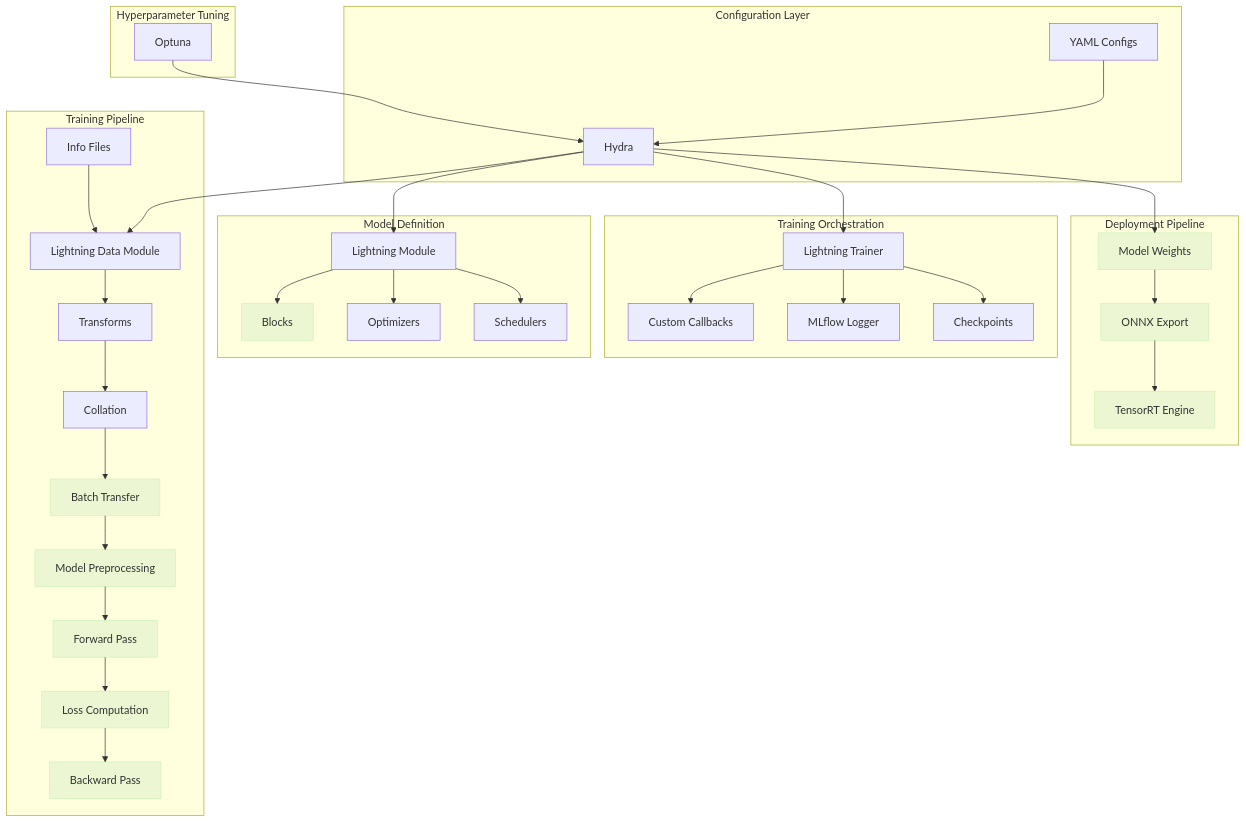
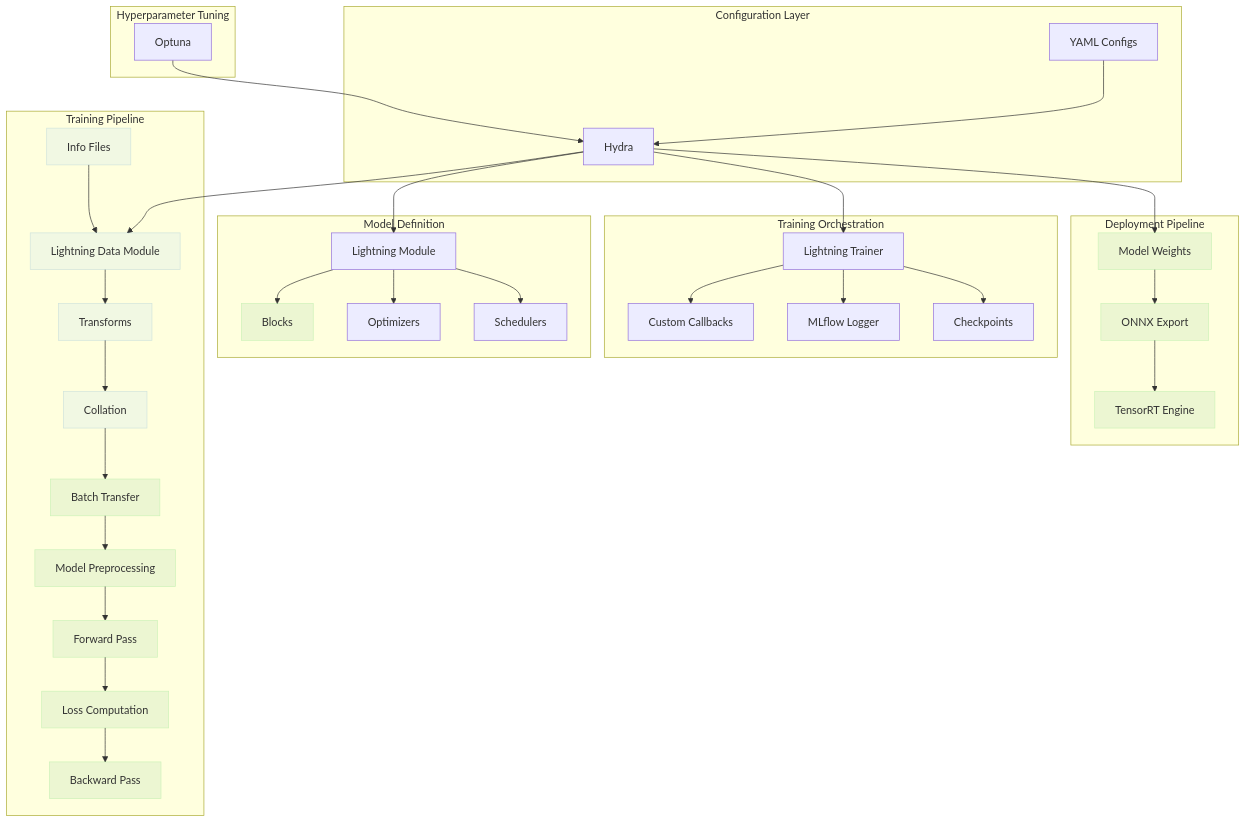
Before and after one commit to tier4/autoware-ml: the first of 2 diagrams in docs/framework/design.md, drawn with Mermaid. The commit also changed other lines of this file and 113 other files, not shown here.

````diff
--- a/docs/framework/design.md
+++ b/docs/framework/design.md
@@ -11,59 +11,63 @@
 ```mermaid
 flowchart TB
     subgraph Optimization [Hyperparameter Tuning]
         Optuna[Optuna]
     end
 
     subgraph Configuration [Configuration Layer]
         YAML[YAML Configs]
         Optuna --> Hydra[Hydra]
         YAML --> Hydra
     end
 
     subgraph TrainingPipeline [Training Pipeline]
         InfoFiles[Info Files]
         InfoFiles --> LightningDataModule[Lightning Data Module]
         LightningDataModule --> Transforms[Transforms]
         Transforms --> Collation[Collation]
         Collation --> BatchTransfer[Batch Transfer]
         BatchTransfer --> Preprocessing[Model Preprocessing]
         Preprocessing --> ForwardPass[Forward Pass]
         ForwardPass --> LossComputation[Loss Computation]
         LossComputation --> BackwardPass[Backward Pass]
     end
 
     subgraph ModelLayer [Model Definition]
         LightningModule[Lightning Module]
         LightningModule --> Blocks["Blocks"]
         LightningModule --> Optimizers["Optimizers"]
         LightningModule --> Schedulers["Schedulers"]
     end
 
     subgraph TrainingLoop [Training Orchestration]
         Trainer[Lightning Trainer]
         Trainer --> CustomCallbacks[Custom Callbacks]
         Trainer --> MLflow[MLflow Logger]
         Trainer --> Checkpoints[Checkpoints]
     end
 
     subgraph Deployment [Deployment Pipeline]
         ModelWeights[Model Weights]
         ModelWeights --> ONNXExport[ONNX Export]
         ONNXExport --> TensorRTEngine[TensorRT Engine]
     end
 
     Hydra --> LightningDataModule
     Hydra --> LightningModule
     Hydra --> Trainer
     Hydra --> ModelWeights
 
+    style InfoFiles fill:#bbdefb,opacity:0.2,stroke:#1976d2
+    style LightningDataModule fill:#bbdefb,opacity:0.2,stroke:#1976d2
+    style Transforms fill:#bbdefb,opacity:0.2,stroke:#1976d2
+    style Collation fill:#bbdefb,opacity:0.2,stroke:#1976d2
     style ModelWeights fill:#a5d6a7,opacity:0.2,stroke:#05bc23
     style ONNXExport fill:#a5d6a7,opacity:0.2,stroke:#05bc23
     style TensorRTEngine fill:#a5d6a7,opacity:0.2,stroke:#05bc23
     style Blocks fill:#a5d6a7,opacity:0.2,stroke:#05bc23
     style BatchTransfer fill:#a5d6a7,opacity:0.2,stroke:#05bc23
     style Preprocessing fill:#a5d6a7,opacity:0.2,stroke:#05bc23
     style ForwardPass fill:#a5d6a7,opacity:0.2,stroke:#05bc23
     style LossComputation fill:#a5d6a7,opacity:0.2,stroke:#05bc23
     style BackwardPass fill:#a5d6a7,opacity:0.2,stroke:#05bc23
 ```
````
